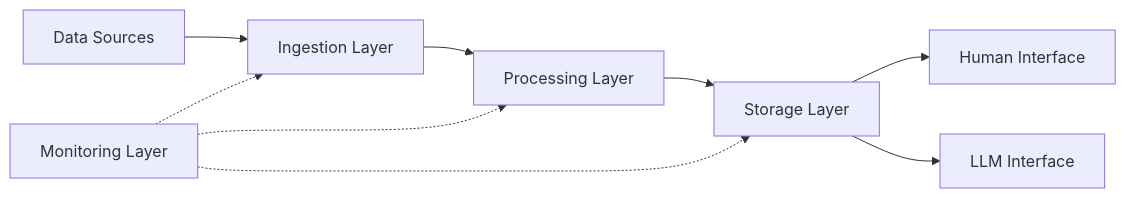
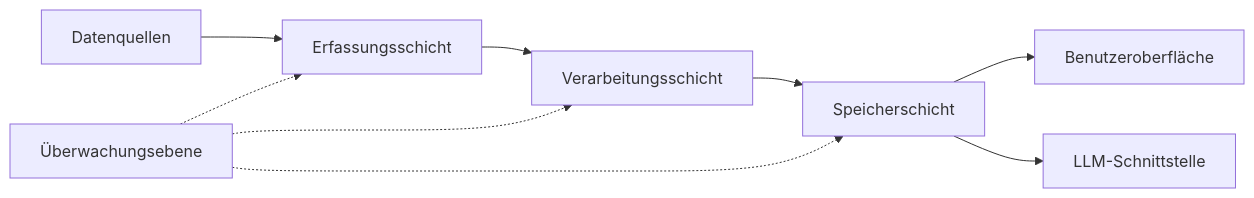
The second of 2 diagrams in src/data/pages/de/markdown.md (kafkiano/astrowind-i18n), drawn with Mermaid before and after one commit. The commit also changed other lines of this file and 23 other files, not shown here.

````diff
--- a/src/data/pages/de/markdown.md
+++ b/src/data/pages/de/markdown.md
@@ -447,11 +449,11 @@
 ```mermaid
 flowchart LR
-    A[Data Sources] --> B[Ingestion Layer]
-    B --> C[Processing Layer]
-    C --> D[Storage Layer]
-    D --> E[Human Interface]
-    D --> F[LLM Interface]
-    G[Monitoring Layer] -.-> B
+    A[Datenquellen] --> B[Erfassungsschicht]
+    B --> C[Verarbeitungsschicht]
+    C --> D[Speicherschicht]
+    D --> E[Benutzeroberfläche]
+    D --> F[LLM-Schnittstelle]
+    G[Überwachungsebene] -.-> B
     G -.-> C
     G -.-> D
 ```
````
